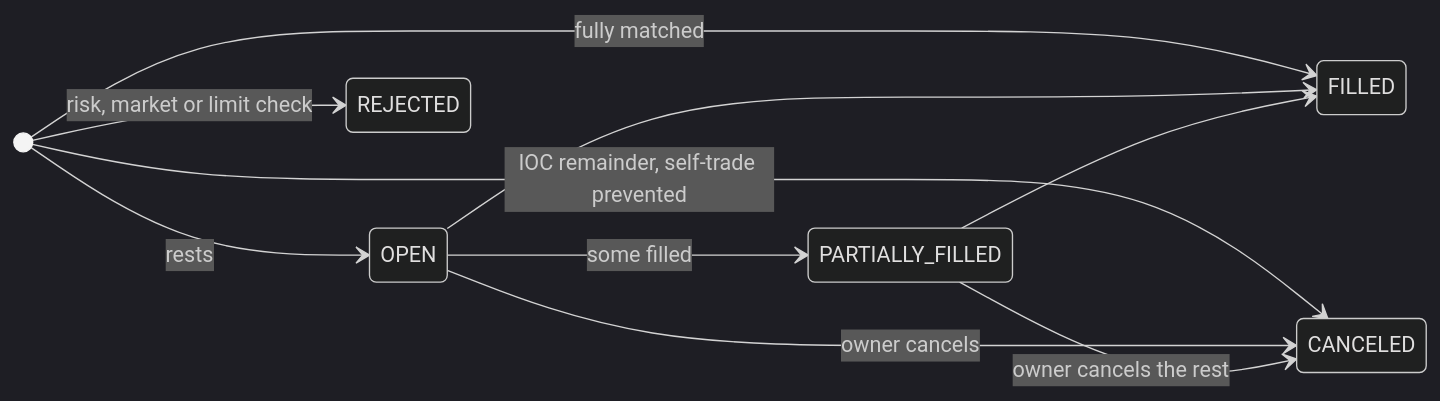
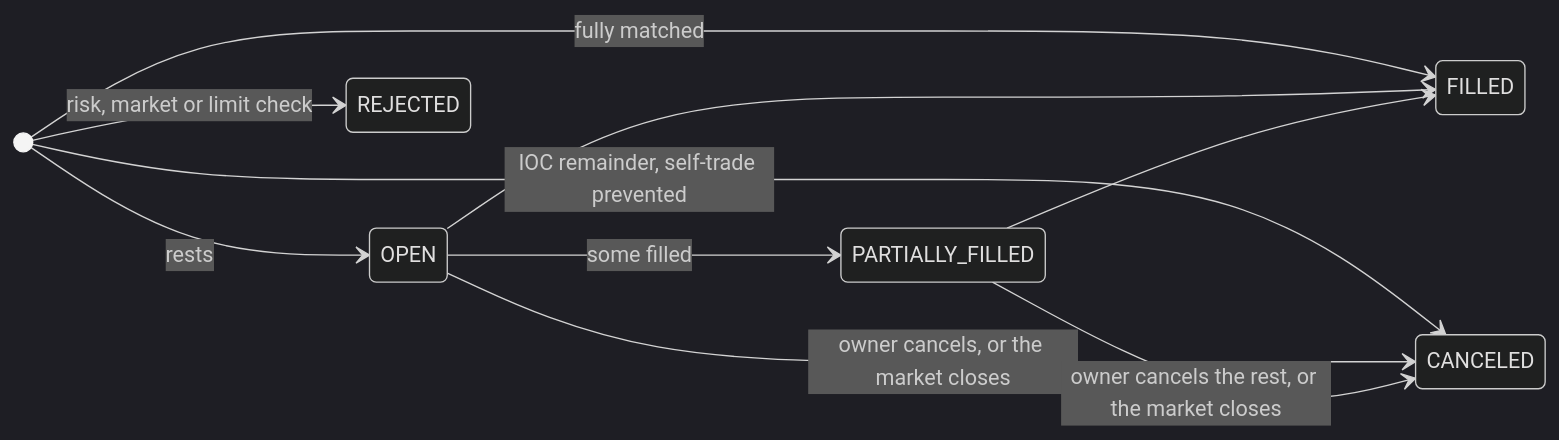
One commit to Princz-Mia/mini-stock-exchange changed the fifth of 9 diagrams in docs/architecture.md. Above: the diagram before and after it, drawn with Mermaid (dark theme). The commit also changed other lines of this file and 2 other files, not shown here.

First line of the commit message:
docs: describe closing the market

````diff
--- a/docs/architecture.md
+++ b/docs/architecture.md
@@ -115,13 +115,13 @@
 ```mermaid
 stateDiagram-v2
   direction LR
   [*] --> OPEN: rests
   [*] --> FILLED: fully matched
   [*] --> REJECTED: risk, market or limit check
   [*] --> CANCELED: IOC remainder, self-trade prevented
   OPEN --> PARTIALLY_FILLED: some filled
   OPEN --> FILLED
   PARTIALLY_FILLED --> FILLED
-  OPEN --> CANCELED: owner cancels
-  PARTIALLY_FILLED --> CANCELED: owner cancels the rest
+  OPEN --> CANCELED: owner cancels, or the market closes
+  PARTIALLY_FILLED --> CANCELED: owner cancels the rest, or the market closes
 ```
````
